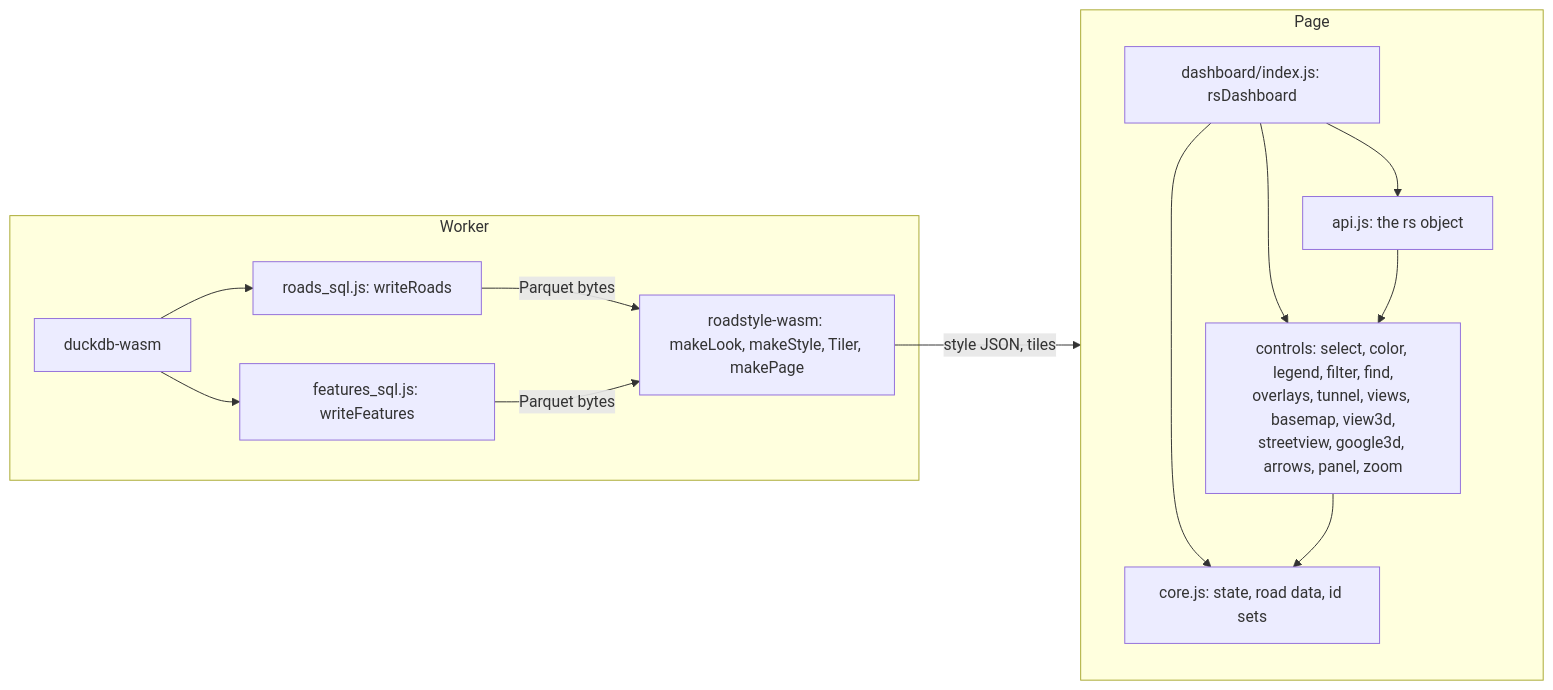
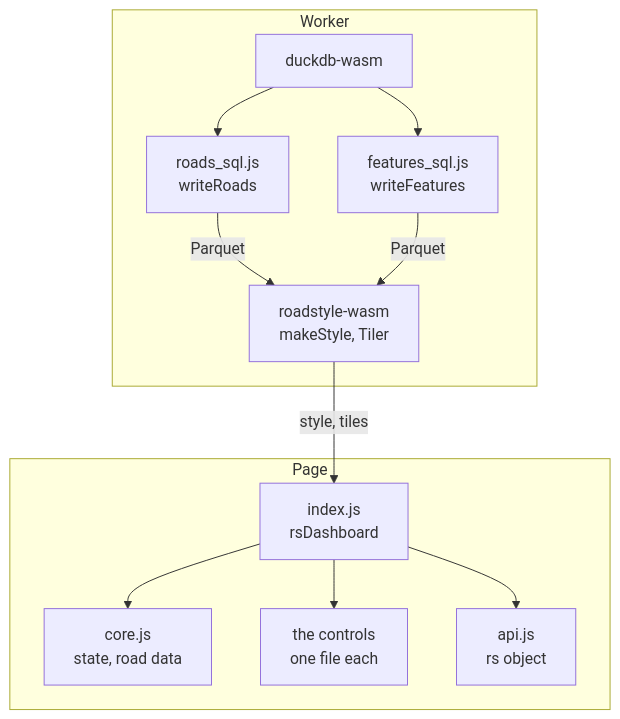
One commit to Khoshkhah/roadstyle changed the fifth of 6 diagrams in docs/rust/architecture.md. Above: the diagram before and after it, drawn with Mermaid. The commit also changed other lines of this file and 1 other file, not shown here.

First line of the commit message:
docs: diagrams that fit their text, and a simpler data flow

````diff
--- a/docs/rust/architecture.md
+++ b/docs/rust/architecture.md
@@ -328,21 +306,23 @@
 ```mermaid
-flowchart LR
+flowchart TB
     subgraph w["Worker"]
         duck["duckdb-wasm"]
-        rsql["roads_sql.js: writeRoads"]
-        fsql["features_sql.js: writeFeatures"]
-        wasm["roadstyle-wasm: makeLook, makeStyle, Tiler, makePage"]
-        duck --> rsql & fsql
-        rsql & fsql -->|"Parquet bytes"| wasm
+        rsql["roads_sql.js<br/>writeRoads"]
+        fsql["features_sql.js<br/>writeFeatures"]
+        wasm["roadstyle-wasm<br/>makeStyle, Tiler"]
+        duck --> rsql
+        duck --> fsql
+        rsql -->|"Parquet"| wasm
+        fsql -->|"Parquet"| wasm
     end
     subgraph p["Page"]
-        idx["dashboard/index.js: rsDashboard"]
-        core["core.js: state, road data, id sets"]
-        ctl["controls: select, color, legend, filter, find,<br/>overlays, tunnel, views, basemap, view3d,<br/>streetview, google3d, arrows, panel, zoom"]
-        api["api.js: the rs object"]
-        idx --> core & ctl & api
-        ctl --> core
-        api --> ctl
+        idx["index.js<br/>rsDashboard"]
+        core["core.js<br/>state, road data"]
+        ctl["the controls<br/>one file each"]
+        api["api.js<br/>rs object"]
+        idx --> core
+        idx --> ctl
+        idx --> api
     end
-    wasm -->|"style JSON, tiles"| p
+    wasm -->|"style, tiles"| idx
 ```
````
